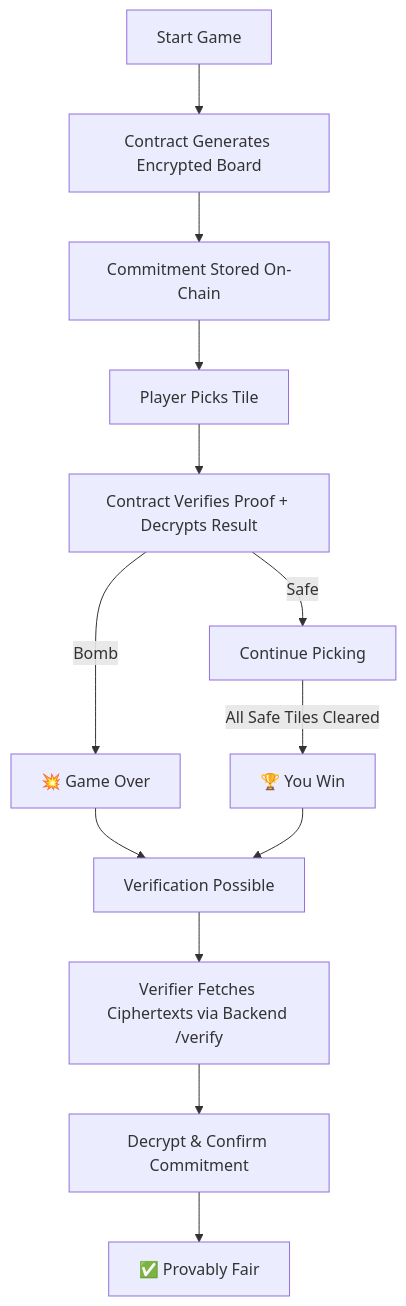
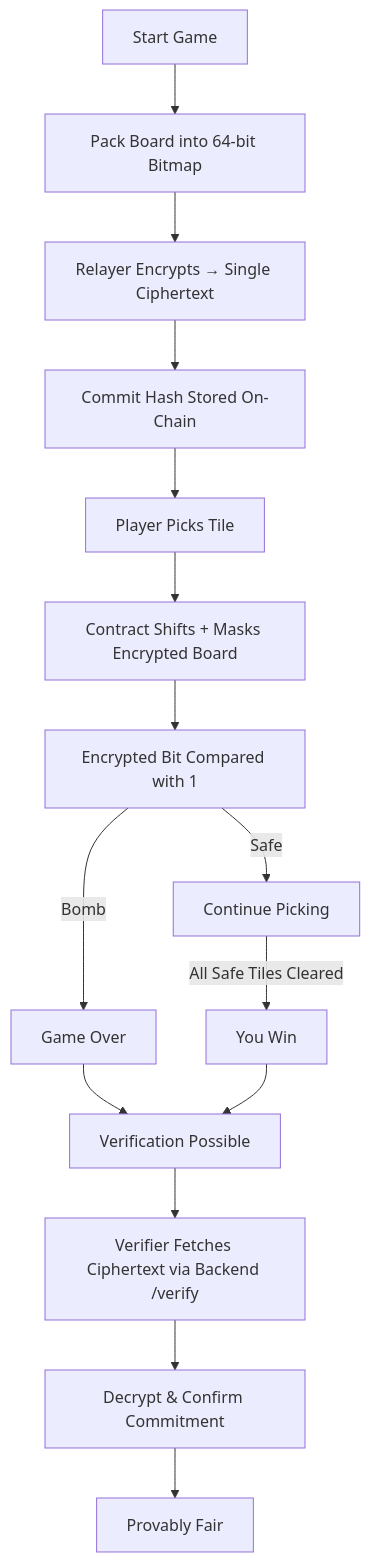
One commit to phamnhungoctuan/confidential-bomb changed the first of 4 diagrams in README-flows.md. Above: the diagram before and after it, drawn with Mermaid. The commit also changed other lines of this file and 1 other file, not shown here.

````diff
--- a/README-flows.md
+++ b/README-flows.md
@@ -14,15 +14,17 @@
 ```mermaid
 graph TD;
-    A[Start Game] --> B[Contract Generates Encrypted Board]
-    B --> C[Commitment Stored On-Chain]
-    C --> D[Player Picks Tile]
-    D --> E[Contract Verifies Proof + Decrypts Result]
-    E -->|Bomb| F[💥 Game Over]
-    E -->|Safe| G[Continue Picking]
-    G -->|All Safe Tiles Cleared| H[🏆 You Win]
-    F --> I[Verification Possible]
-    H --> I
-    I --> J[Verifier Fetches Ciphertexts via Backend /verify]
-    J --> K[Decrypt & Confirm Commitment]
-    K --> L[✅ Provably Fair]
+    A[Start Game] --> B[Pack Board into 64-bit Bitmap]
+    B --> C[Relayer Encrypts → Single Ciphertext]
+    C --> D[Commit Hash Stored On-Chain]
+    D --> E[Player Picks Tile]
+    E --> F[Contract Shifts + Masks Encrypted Board]
+    F --> G[Encrypted Bit Compared with 1]
+    G -->|Bomb| H[Game Over]
+    G -->|Safe| I[Continue Picking]
+    I -->|All Safe Tiles Cleared| J[You Win]
+    H --> K[Verification Possible]
+    J --> K
+    K --> L[Verifier Fetches Ciphertext via Backend /verify]
+    L --> M[Decrypt & Confirm Commitment]
+    M --> N[Provably Fair]
 ```
````
